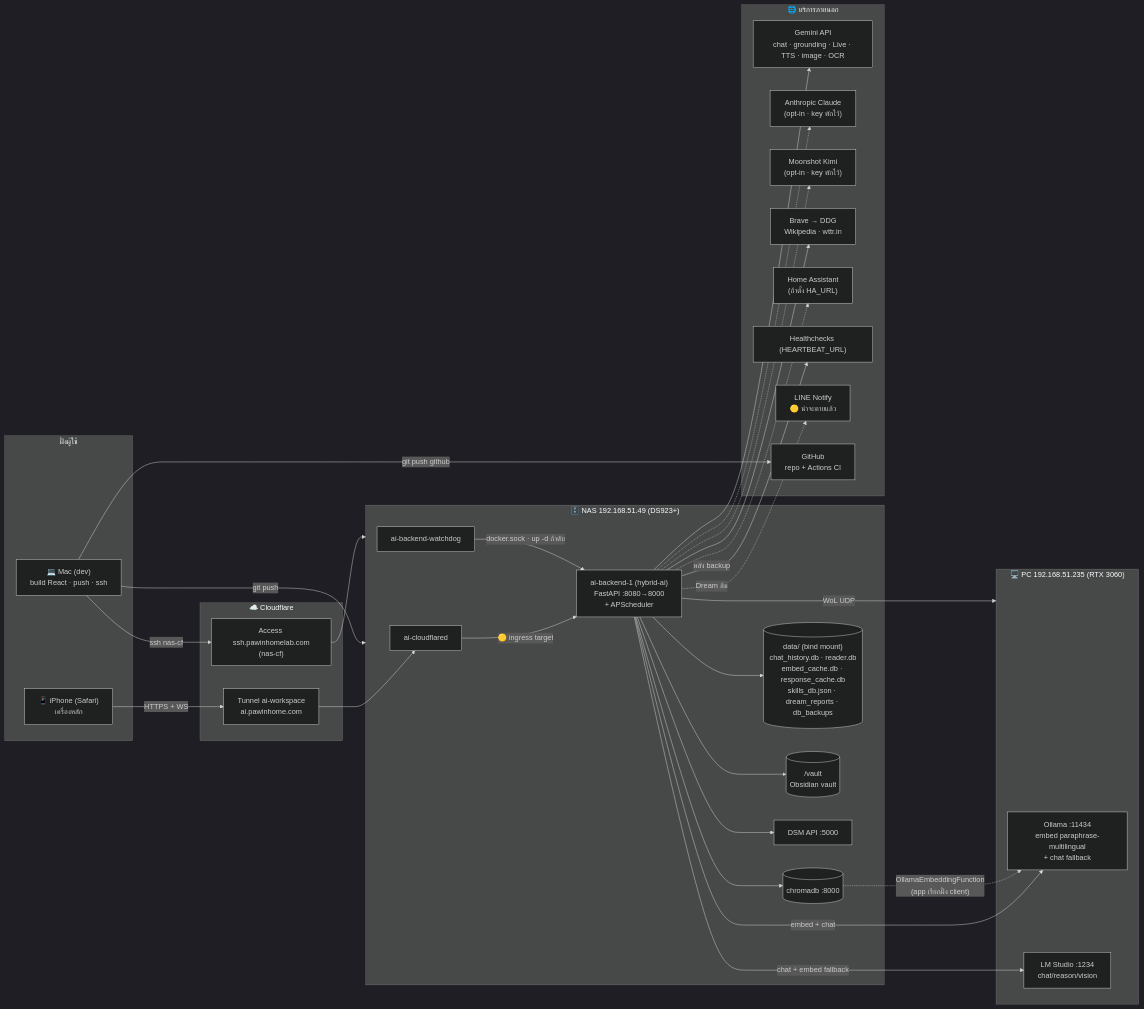
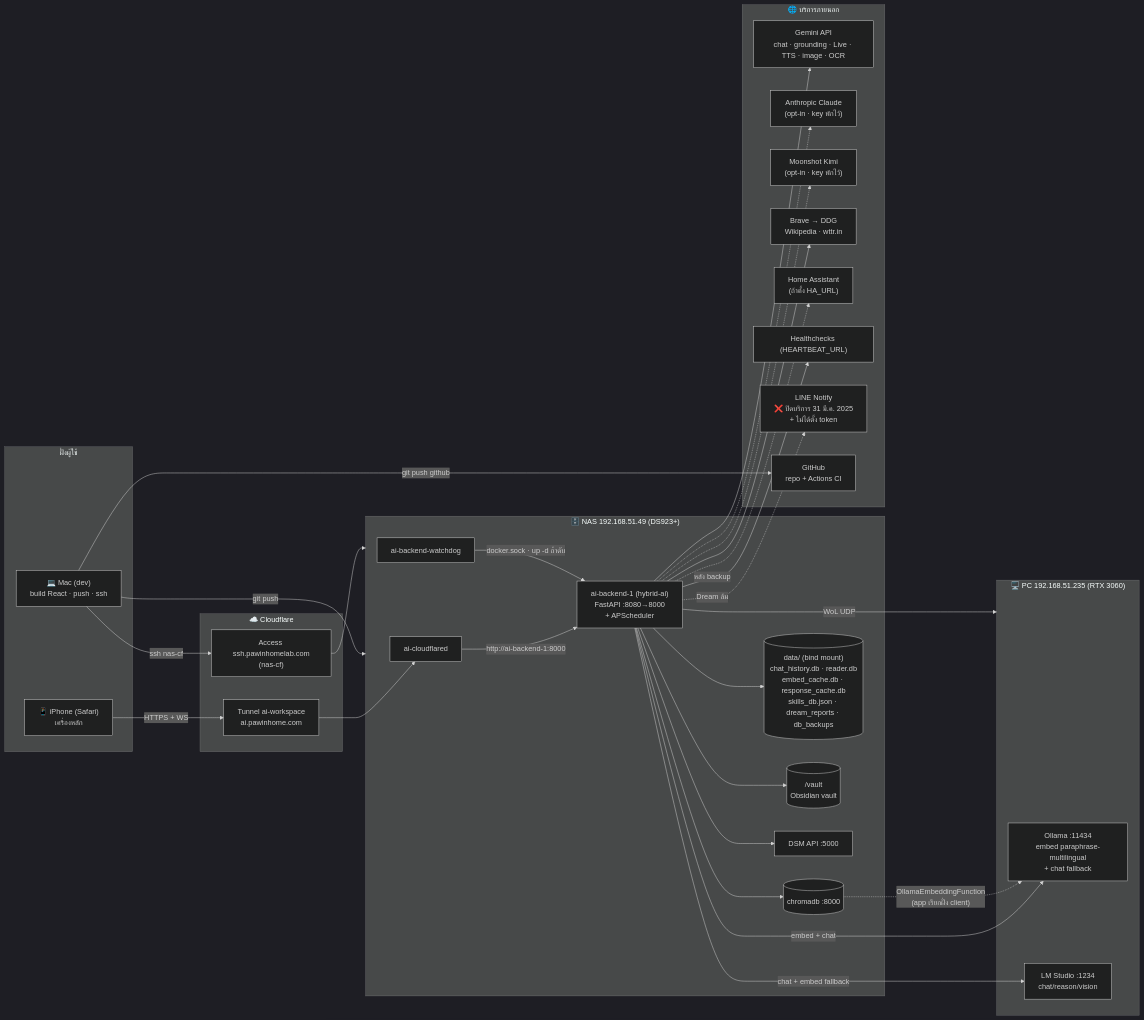
Before and after one commit to penpunnee/hybrid-ai-workspace: the diagram in docs/system-map.md, drawn with Mermaid (dark theme). The commit also changed other lines of this file and 2 other files, not shown here.

````diff
--- a/docs/system-map.md
+++ b/docs/system-map.md
@@ -19,59 +21,59 @@
 ```mermaid
 flowchart LR
   subgraph Client["ฝั่งผู้ใช้"]
     iPhone["📱 iPhone (Safari)<br/>เครื่องหลัก"]
     Mac["💻 Mac (dev)<br/>build React · push · ssh"]
   end
 
   subgraph CF["☁️ Cloudflare"]
     Tunnel["Tunnel ai-workspace<br/>ai.pawinhome.com"]
     Access["Access ssh.pawinhomelab.com<br/>(nas-cf)"]
   end
 
   subgraph NAS["🗄️ NAS 192.168.51.49 (DS923+)"]
     CFD["ai-cloudflared"]
     APP["ai-backend-1 (hybrid-ai)<br/>FastAPI :8080→8000<br/>+ APScheduler"]
     CHROMA[("chromadb :8000")]
     WD["ai-backend-watchdog"]
     DATA[("data/ (bind mount)<br/>chat_history.db · reader.db<br/>embed_cache.db · response_cache.db<br/>skills_db.json · dream_reports · db_backups")]
     VAULT[("/vault<br/>Obsidian vault")]
     DSM["DSM API :5000"]
   end
 
   subgraph PC["🖥️ PC 192.168.51.235 (RTX 3060)"]
     OLLAMA["Ollama :11434<br/>embed paraphrase-multilingual<br/>+ chat fallback"]
     LMS["LM Studio :1234<br/>chat/reason/vision"]
   end
 
   subgraph Cloud["🌐 บริการภายนอก"]
     GEM["Gemini API<br/>chat · grounding · Live · TTS · image · OCR"]
     CLAUDE["Anthropic Claude<br/>(opt-in · key พักไว้)"]
     KIMI["Moonshot Kimi<br/>(opt-in · key พักไว้)"]
     SEARCH["Brave → DDG<br/>Wikipedia · wttr.in"]
     HA["Home Assistant<br/>(ถ้าตั้ง HA_URL)"]
     HC["Healthchecks (HEARTBEAT_URL)"]
-    LINE["LINE Notify<br/>🟡 น่าจะตายแล้ว"]
+    LINE["LINE Notify<br/>❌ ปิดบริการ 31 มี.ค. 2025<br/>+ ไม่ได้ตั้ง token"]
     GH["GitHub<br/>repo + Actions CI"]
   end
 
-  iPhone -->|HTTPS + WS| Tunnel --> CFD -->|"🟡 ingress target"| APP
+  iPhone -->|HTTPS + WS| Tunnel --> CFD -->|"http://ai-backend-1:8000"| APP
   Mac -->|git push| NAS
   Mac -->|ssh nas-cf| Access --> NAS
   Mac -->|git push github| GH
   APP --> CHROMA
   APP --> DATA
   APP --> VAULT
   APP -->|embed + chat| OLLAMA
   APP -->|chat + embed fallback| LMS
   APP --> GEM
   APP -.-> CLAUDE
   APP -.-> KIMI
   APP --> SEARCH
   APP -.-> HA
   APP --> DSM
   APP -->|WoL UDP| PC
   APP -->|หลัง backup| HC
   APP -.->|Dream ล้ม| LINE
   WD -->|docker.sock · up -d ถ้าดับ| APP
   CHROMA -.->|"OllamaEmbeddingFunction<br/>(app เรียกฝั่ง client)"| OLLAMA
 ```
````
